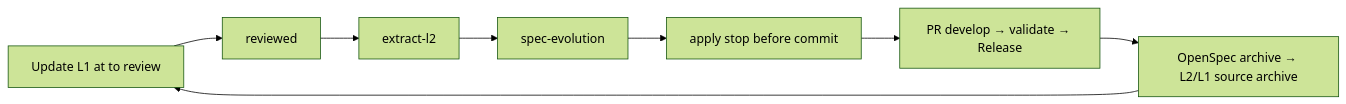
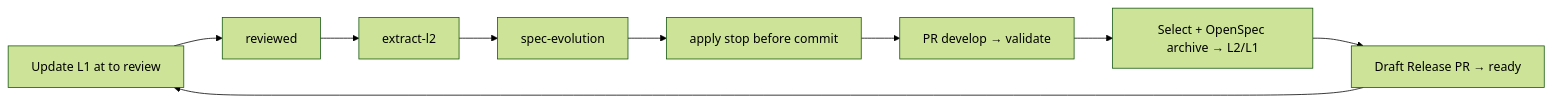
The tenth of 10 diagrams in .dsh/METHODOLOGY.md (AdamAntinoo/neocom-meta), drawn with Mermaid (forest theme) before and after one commit. The commit also changed other lines of this file and 90 other files, not shown here.

````diff
--- a/.dsh/METHODOLOGY.md
+++ b/.dsh/METHODOLOGY.md
@@ -554,10 +596,11 @@
 ```mermaid
 flowchart LR
   L1u["Update L1 at to review"] --> R[reviewed]
   R --> E[extract-l2]
   E --> S[spec-evolution]
   S --> A["apply stop before commit"]
-  A --> P["PR develop → validate → Release"]
-  P --> Arch["OpenSpec archive → L2/L1 source archive"]
-  Arch --> L1u
+  A --> P["PR develop → validate"]
+  P --> Arch["Select + OpenSpec archive → L2/L1"]
+  Arch --> Rel["Draft Release PR → ready"]
+  Rel --> L1u
 ```
````
